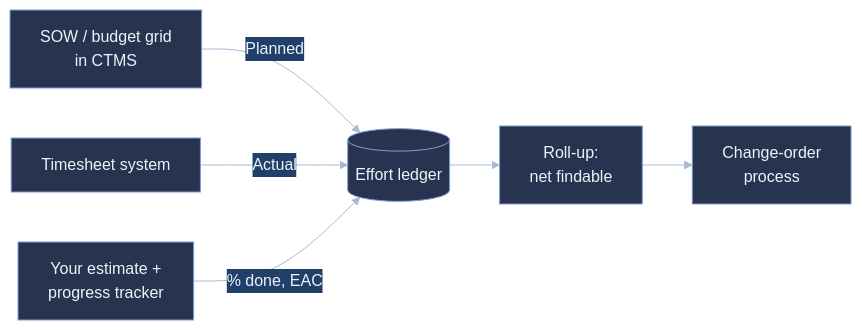
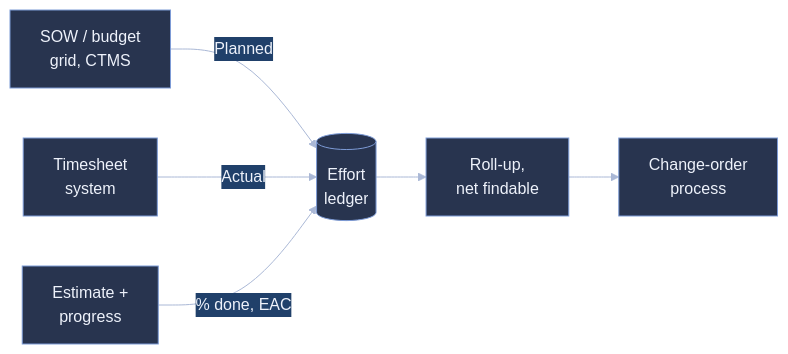
The second of 2 diagrams in budget_reconciliation/quarto/hours-guide.qmd (patrickiben/biometrics-ai-portfolio), drawn with Mermaid before and after one commit. The commit also changed other lines of this file and 8 other files, not shown here.

````diff
--- a/budget_reconciliation/quarto/hours-guide.qmd
+++ b/budget_reconciliation/quarto/hours-guide.qmd
@@ -76,9 +76,9 @@
 ```{mermaid}
-%%{init: {'theme':'base','themeVariables':{'primaryColor':'#28344f','primaryTextColor':'#eef2fb','primaryBorderColor':'#7d9bd6','lineColor':'#aab8d6','clusterBkg':'#161d33','clusterBorder':'#3a476a','tertiaryColor':'#20406a','tertiaryTextColor':'#eef2fb','tertiaryBorderColor':'#7d9bd6','secondaryColor':'#20406a','secondaryTextColor':'#eef2fb'}}}%%
+%%{init: {'theme':'base','themeVariables':{'primaryColor':'#28344f','primaryTextColor':'#eef2fb','primaryBorderColor':'#7d9bd6','lineColor':'#aab8d6','tertiaryColor':'#20406a','tertiaryTextColor':'#eef2fb','tertiaryBorderColor':'#7d9bd6','secondaryColor':'#20406a','secondaryTextColor':'#eef2fb'}}}%%
 flowchart LR
-  SOW["SOW / budget grid<br/>in CTMS"] -->|Planned| LEDG[("Effort ledger")]
-  TS["Timesheet system"] -->|Actual| LEDG
-  EST["Your estimate +<br/>progress tracker"] -->|"% done, EAC"| LEDG
-  LEDG --> ROLL["Roll-up:<br/>net findable"]
+  SOW["SOW / budget<br/>grid, CTMS"] -->|Planned| LEDG[("Effort<br/>ledger")]
+  TS["Timesheet<br/>system"] -->|Actual| LEDG
+  EST["Estimate +<br/>progress"] -->|"% done, EAC"| LEDG
+  LEDG --> ROLL["Roll-up,<br/>net findable"]
   ROLL --> CO["Change-order<br/>process"]
 ```
````
